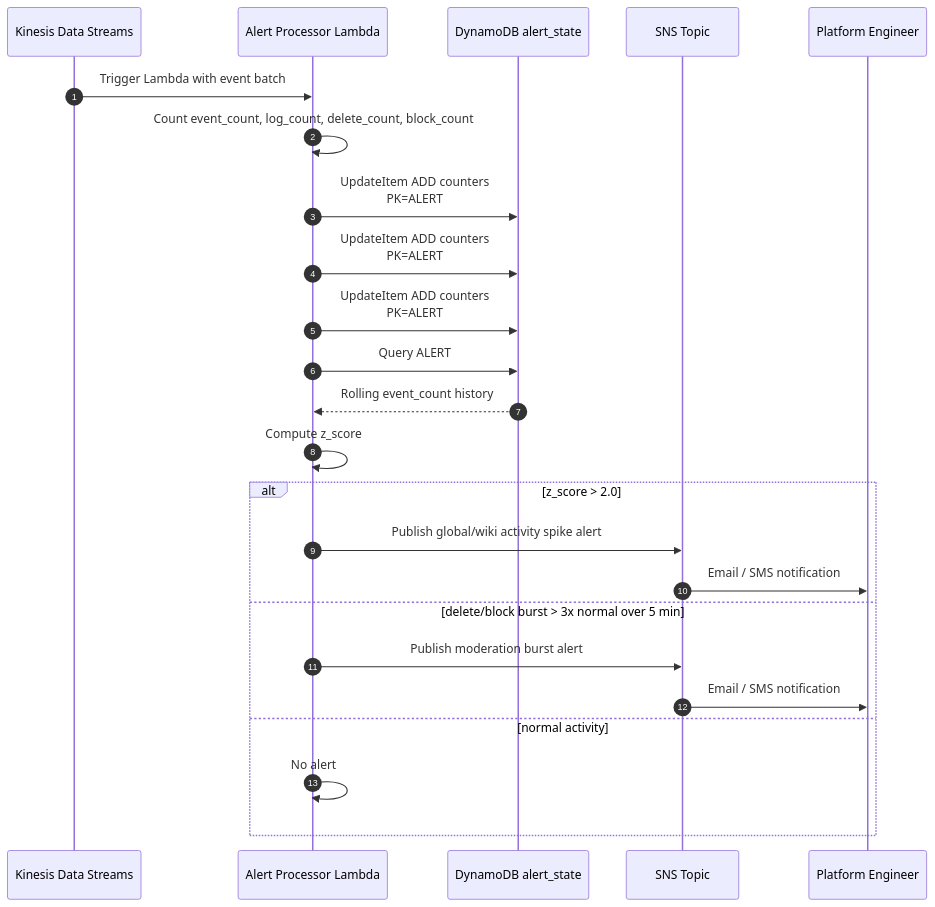
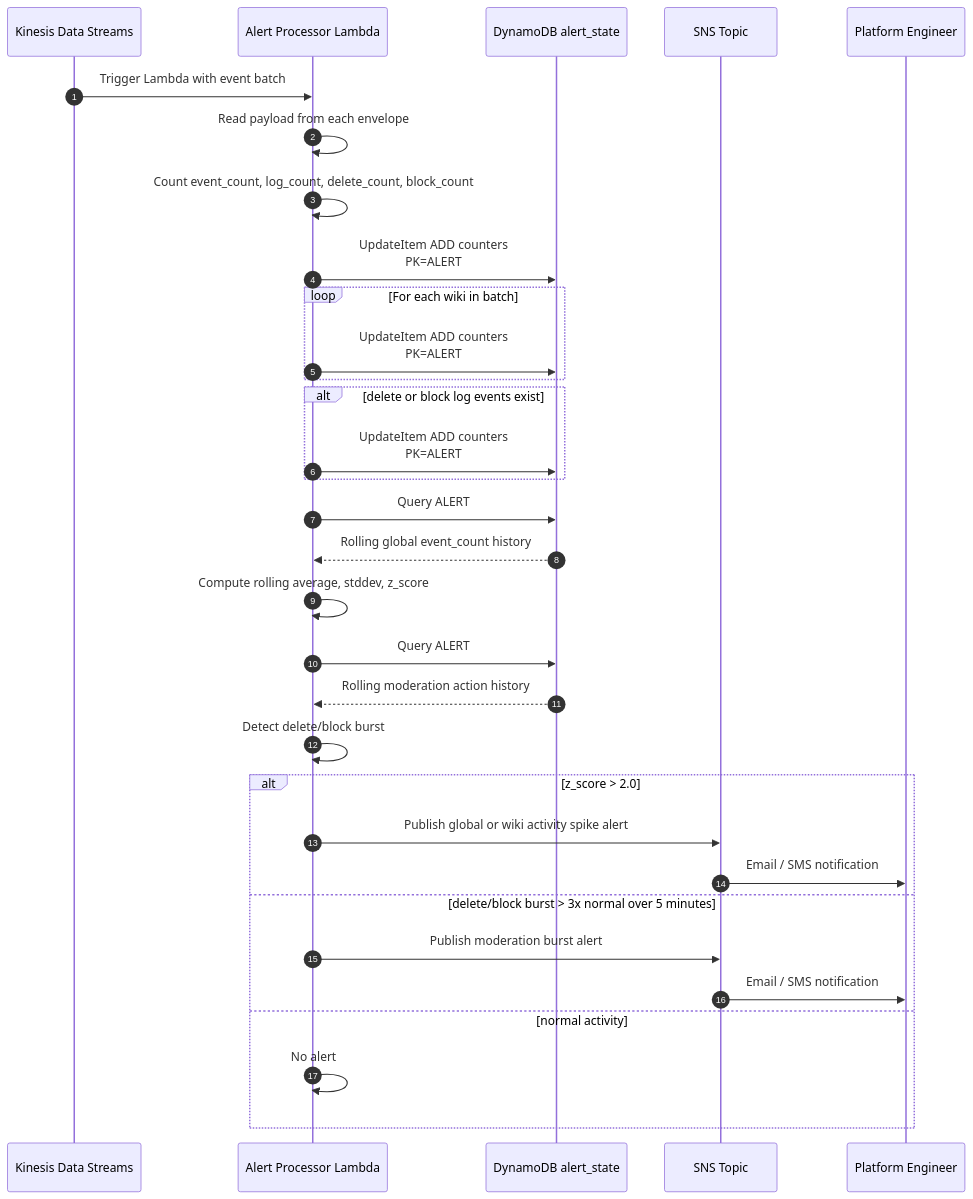
Before and after one commit to TalelKarim/realtime-media-analytics-platform: the fourth of 6 diagrams in documentation/sequence-diagrams.md, drawn with Mermaid. The commit also changed other lines of this file and 2 other files, not shown here.

````diff
--- a/documentation/sequence-diagrams.md
+++ b/documentation/sequence-diagrams.md
@@ -154,30 +174,41 @@
 ```mermaid
 sequenceDiagram
   autonumber
   participant KDS as Kinesis Data Streams
   participant ALP as Alert Processor Lambda
   participant DDB as DynamoDB alert_state
   participant SNS as SNS Topic
   participant OPS as Platform Engineer
 
   KDS->>ALP: Trigger Lambda with event batch
+  ALP->>ALP: Read payload from each envelope
   ALP->>ALP: Count event_count, log_count, delete_count, block_count
 
-  ALP->>DDB: UpdateItem ADD counters<br/>PK=ALERT#GLOBAL SK=MINUTE#{current_minute}
-  ALP->>DDB: UpdateItem ADD counters<br/>PK=ALERT#WIKI#{wiki} SK=MINUTE#{current_minute}
-  ALP->>DDB: UpdateItem ADD counters<br/>PK=ALERT#LOG_TYPE#delete/block SK=MINUTE#{current_minute}
+  ALP->>DDB: UpdateItem ADD counters<br/>PK=ALERT#GLOBAL<br/>SK=MINUTE#{current_minute}
 
-  ALP->>DDB: Query ALERT#GLOBAL last 30 minutes
-  DDB-->>ALP: Rolling event_count history
-  ALP->>ALP: Compute z_score
+  loop For each wiki in batch
+    ALP->>DDB: UpdateItem ADD counters<br/>PK=ALERT#WIKI#{wiki}<br/>SK=MINUTE#{current_minute}
+  end
+
+  alt delete or block log events exist
+    ALP->>DDB: UpdateItem ADD counters<br/>PK=ALERT#LOG_TYPE#delete/block<br/>SK=MINUTE#{current_minute}
+  end
+
+  ALP->>DDB: Query ALERT#GLOBAL<br/>last 30 minutes
+  DDB-->>ALP: Rolling global event_count history
+  ALP->>ALP: Compute rolling average, stddev, z_score
+
+  ALP->>DDB: Query ALERT#LOG_TYPE#delete/block<br/>last 5 minutes
+  DDB-->>ALP: Rolling moderation action history
+  ALP->>ALP: Detect delete/block burst
 
   alt z_score > 2.0
-    ALP->>SNS: Publish global/wiki activity spike alert
+    ALP->>SNS: Publish global or wiki activity spike alert
     SNS->>OPS: Email / SMS notification
-  else delete/block burst > 3x normal over 5 min
+  else delete/block burst > 3x normal over 5 minutes
     ALP->>SNS: Publish moderation burst alert
     SNS->>OPS: Email / SMS notification
   else normal activity
     ALP->>ALP: No alert
   end
 ```
````
